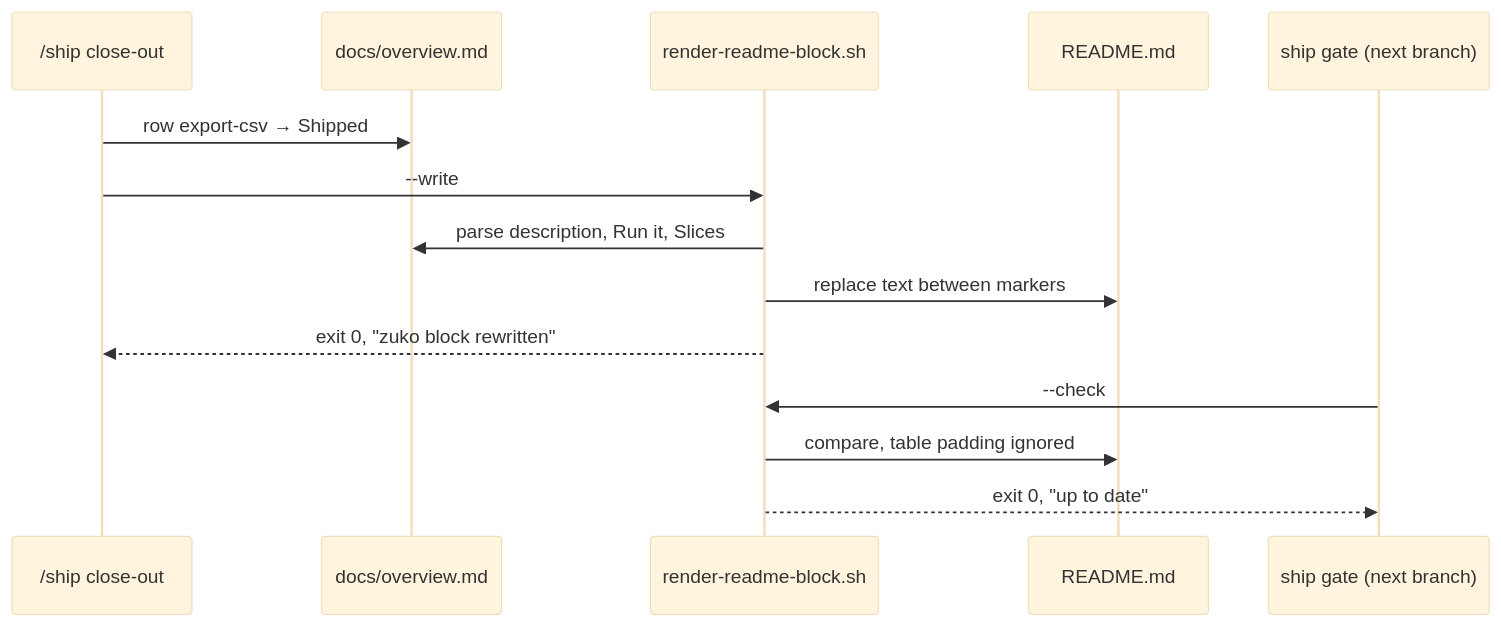
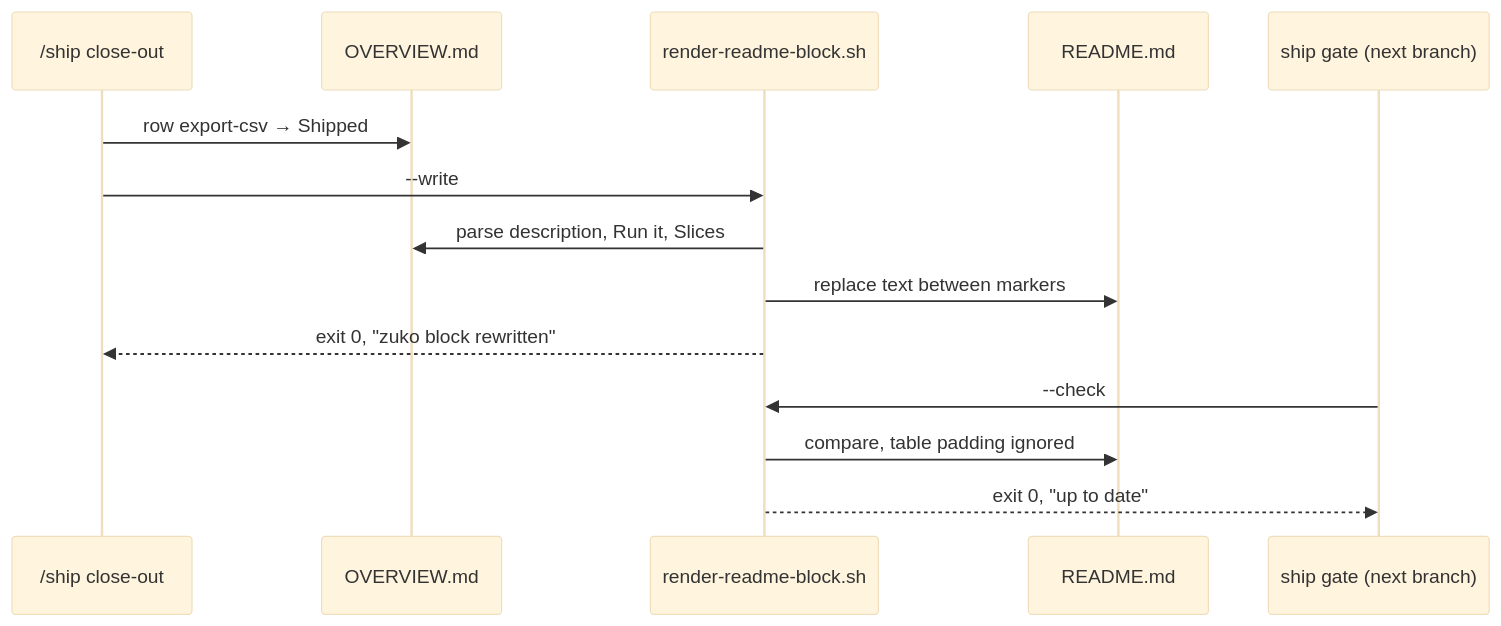
One commit to dzaffren/claude-plugin changed the third of 3 diagrams in docs/specs/readme-block.md. Above: the diagram before and after it, drawn with Mermaid (base theme). The commit also changed other lines of this file and 3 other files, not shown here.

````diff
--- a/docs/specs/readme-block.md
+++ b/docs/specs/readme-block.md
@@ -233,16 +233,16 @@
 ```mermaid
 sequenceDiagram
     participant S as /ship close-out
-    participant O as docs/overview.md
+    participant O as OVERVIEW.md
     participant R as render-readme-block.sh
     participant M as README.md
     participant G as ship gate (next branch)
     S->>O: row export-csv → Shipped
     S->>R: --write
     R->>O: parse description, Run it, Slices
     R->>M: replace text between markers
     R-->>S: exit 0, "zuko block rewritten"
     G->>R: --check
     R->>M: compare, table padding ignored
     R-->>G: exit 0, "up to date"
 ```
````
